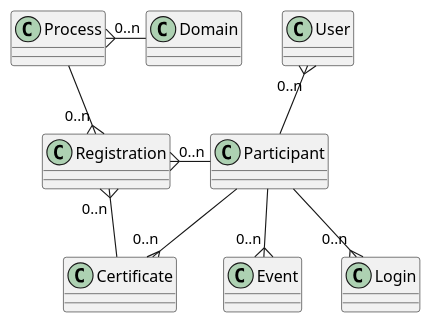
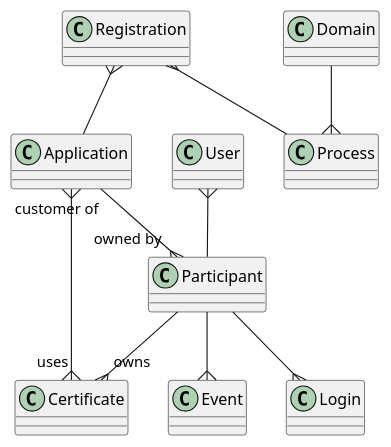
Before and after one commit to anskaffelser/bcp: the diagram in doc/graph/datamodel.puml, drawn with PlantUML. The commit also changed 223 other files, not shown here.

```diff
--- a/doc/graph/datamodel.puml
+++ b/doc/graph/datamodel.puml
@@ -1,21 +1,23 @@
 @startuml
 
+class Application
 class Certificate
 class Domain
 class Event
 class Login
 class Participant
 class Process
 class Registration
 class User
 
-Domain -left-{ "0..n" Process
-Registration "0..n" }-up- Process
-Registration "0..n" }-right- Participant
-Registration "0..n" }-- Certificate
-User "0..n" }-- Participant
-Participant --{ "0..n" Certificate
-Participant --{ "0..n" Event
-Participant --{ "0..n" Login
+Domain --{ Process
+Registration }-- Process
+Registration }-- Application
+Application }--{ "uses" Certificate
+Application "customer of" --{ "owned by" Participant
+User }-- Participant
+Participant --{ "owns" Certificate
+Participant --{ Event
+Participant --{ Login
 
 @enduml
```
